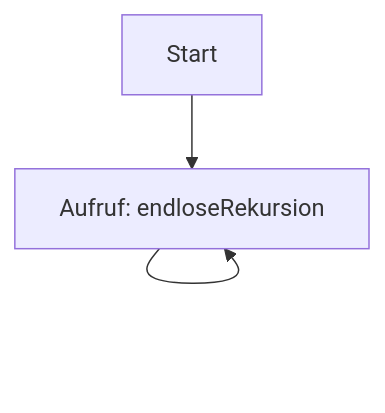
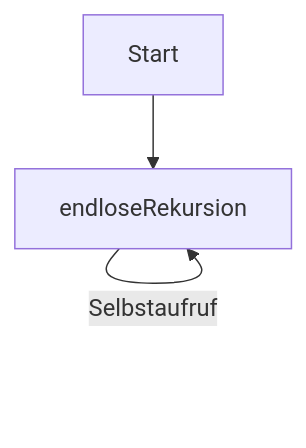
One commit to Gustav04szb/ProgIIIPrak changed the second of 2 diagrams in PrakLoesungen/03 Loesung.md. Above: the diagram before and after it, drawn with Mermaid.

Commit message:
03 - Loesungen v.0.08

````diff
--- a/PrakLoesungen/03 Loesung.md
+++ b/PrakLoesungen/03 Loesung.md
@@ -34,5 +34,5 @@
 ```mermaid
 graph TB
-  StartRecursion[Start] --> CallRecursion[Aufruf: endloseRekursion]
-  CallRecursion --> CallRecursion
+  StartRecursion[Start] --> CallRecursion[endloseRekursion]
+  CallRecursion --> |Selbstaufruf|CallRecursion
 ```
````
